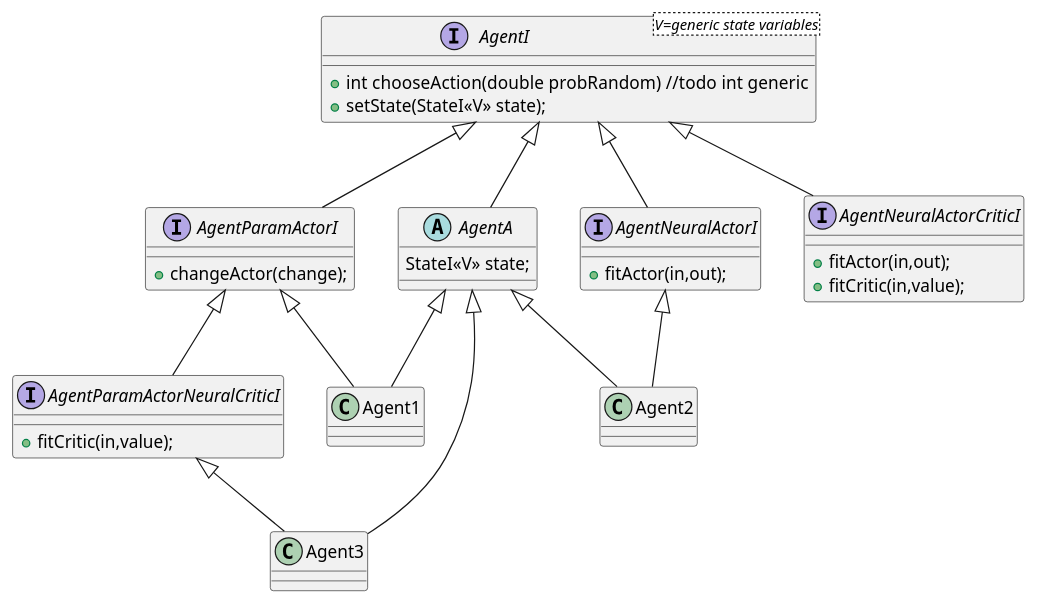
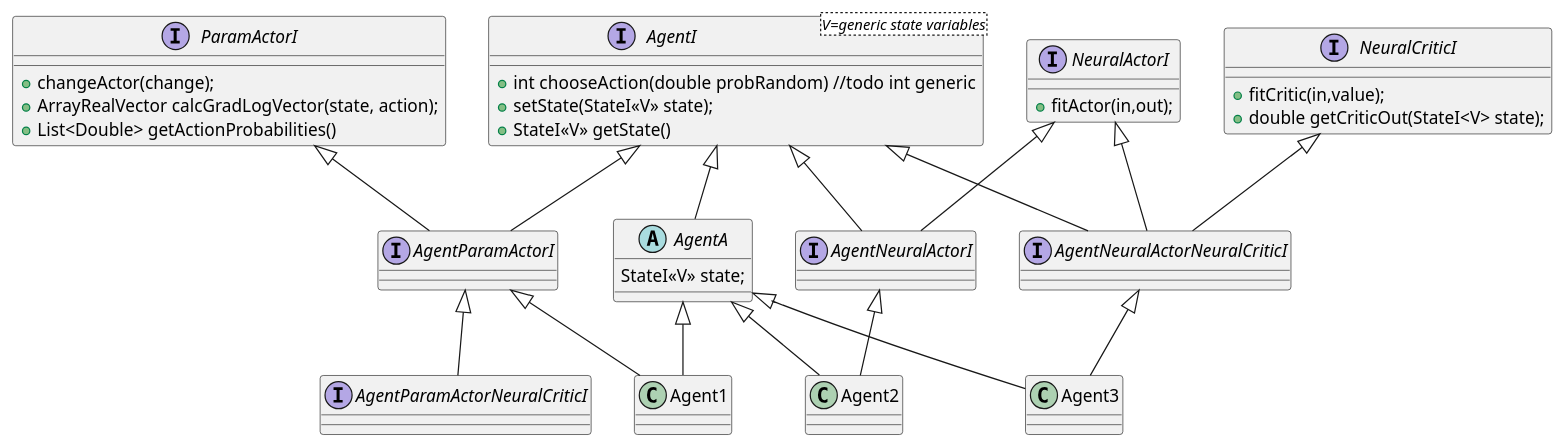
Before and after one commit to JonasHellgren/MachineLearning: the diagram in src/main/java/policy_gradient_problems/class_diagrams/agent.puml, drawn with PlantUML. The commit also changed 104 other files, not shown here.

```diff
--- a/src/main/java/policy_gradient_problems/class_diagrams/agent.puml
+++ b/src/main/java/policy_gradient_problems/class_diagrams/agent.puml
@@ -1,45 +1,55 @@
 @startuml
 'https://plantuml.com/class-diagram
 
 interface AgentI<V=generic state variables> {
 + int chooseAction(double probRandom)  //todo int generic
 + setState(StateI<<V>> state);
++ StateI<<V>> getState()
 '/ + double readValue(StateI<<V>> state);  //todo needed?
 }
 
-interface AgentParamActorI {
+interface ParamActorI {
 + changeActor(change);
++ ArrayRealVector calcGradLogVector(state, action);
++ List<Double> getActionProbabilities()
 }
 
-interface AgentNeuralActorI {
+
+interface NeuralActorI {
 + fitActor(in,out);
 }
 
-interface AgentNeuralActorCriticI {
-+ fitActor(in,out);
+
+interface NeuralCriticI {
 + fitCritic(in,value);
++ double getCriticOut(StateI<V> state);
 }
 
 
+interface AgentParamActorI extends AgentI, ParamActorI {
+}
+
+interface AgentNeuralActorI extends AgentI, NeuralActorI {
+}
+
+interface AgentNeuralActorNeuralCriticI extends AgentI, NeuralActorI, NeuralCriticI {
+}
+
 interface AgentParamActorNeuralCriticI extends AgentParamActorI {
-+ fitCritic(in,value);
+}
+
+abstract class AgentA extends AgentI {
+    StateI<<V>> state;
 }
 
 
-abstract class AgentA {
-'/    EnvironmentI<<V>> environment;
-    StateI<<V>> state;
-}
-
-AgentI <|-- AgentA
-AgentI <|-- AgentParamActorI
-AgentI <|-- AgentNeuralActorI
-AgentI <|-- AgentNeuralActorCriticI
 AgentA  <|-- Agent1
 AgentA  <|-- Agent2
 AgentA  <|-- Agent3
 AgentParamActorI  <|-- Agent1
 AgentNeuralActorI  <|-- Agent2
-AgentParamActorNeuralCriticI <|-- Agent3
+AgentNeuralActorNeuralCriticI <|-- Agent3
+
+
 
 @enduml
```
